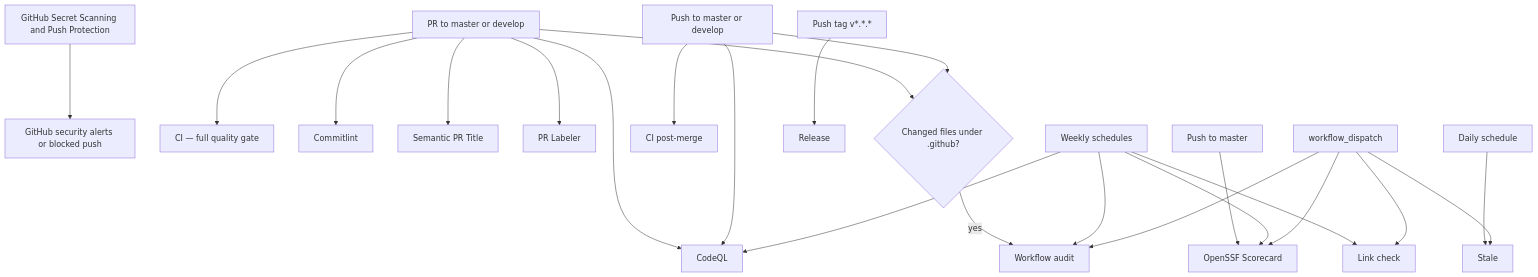
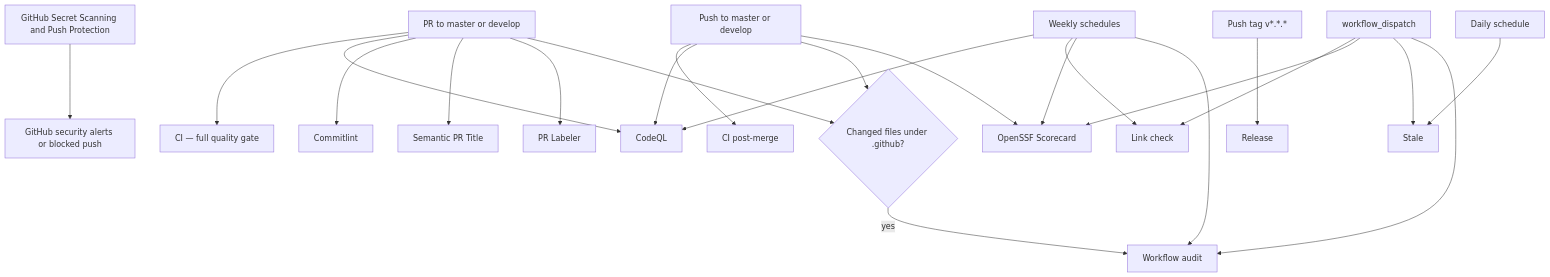
Before and after one commit to jooservices/go-jabledownloader: the first of 2 diagrams in WORKFLOWS.md, drawn with Mermaid. The commit also changed other lines of this file and 5 other files, not shown here.

````diff
--- a/WORKFLOWS.md
+++ b/WORKFLOWS.md
@@ -12,32 +12,31 @@
 ```mermaid
 flowchart TD
     native[GitHub Secret Scanning and Push Protection] --> Alerts[GitHub security alerts or blocked push]
 
     pr[PR to master or develop] --> CI[CI — full quality gate]
     pr --> CodeQL[CodeQL]
     pr --> Commitlint[Commitlint]
     pr --> Semantic[Semantic PR Title]
     pr --> PathLabel[PR Labeler]
     pr --> Audit{Changed files under .github?}
     Audit -->|yes| WorkflowAudit[Workflow audit]
 
     push[Push to master or develop] --> PostMerge[CI post-merge]
     push --> CodeQL
     push --> Audit
-
-    master[Push to master] --> Scorecard[OpenSSF Scorecard]
+    push --> Scorecard[OpenSSF Scorecard]
 
     tag[Push tag v*.*.*] --> Release[Release]
 
     weekly[Weekly schedules] --> CodeQL
     weekly --> LinkCheck[Link check]
     weekly --> Scorecard
     weekly --> WorkflowAudit
 
     daily[Daily schedule] --> Stale[Stale]
 
     manual[workflow_dispatch] --> LinkCheck
     manual --> Scorecard
     manual --> Stale
     manual --> WorkflowAudit
 ```
````
